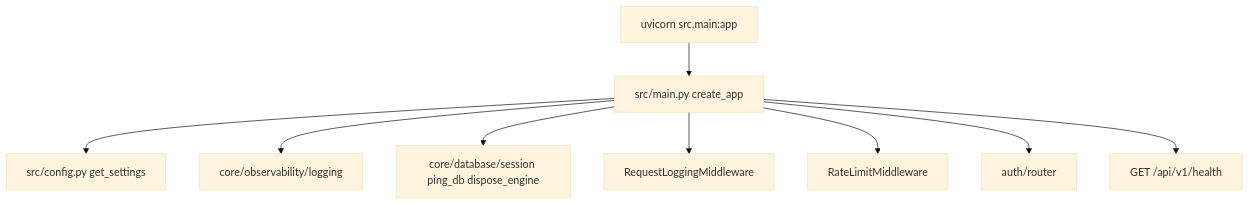
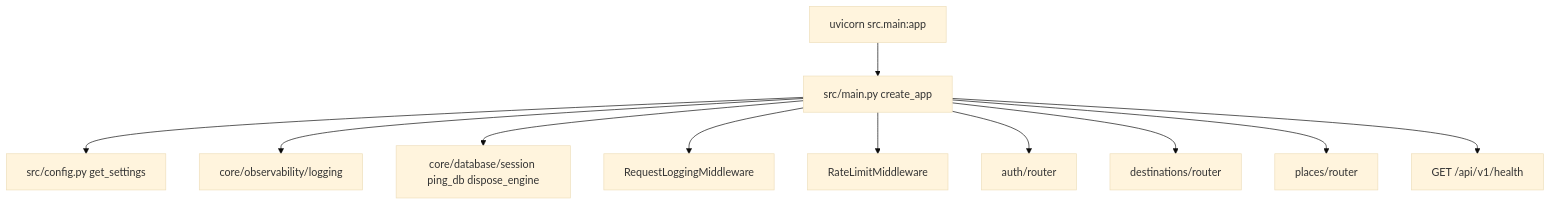
The first of 6 diagrams in docs/manual/04-imports-and-wiring.md (RudraPramanik/agentic-guide-system), drawn with Mermaid (base theme) before and after one commit. The commit also changed other lines of this file and 58 other files, not shown here.

````diff
--- a/docs/manual/04-imports-and-wiring.md
+++ b/docs/manual/04-imports-and-wiring.md
@@ -11,11 +11,13 @@
 ```mermaid
 flowchart TD
   U[uvicorn src.main:app] --> M[src/main.py create_app]
   M --> CFG[src/config.py get_settings]
   M --> LOG[core/observability/logging]
   M --> DB[core/database/session ping_db dispose_engine]
   M --> MW1[RequestLoggingMiddleware]
   M --> MW2[RateLimitMiddleware]
   M --> AR[auth/router]
+  M --> DR[destinations/router]
+  M --> PR[places/router]
   M --> H["GET /api/v1/health"]
 ```
````
